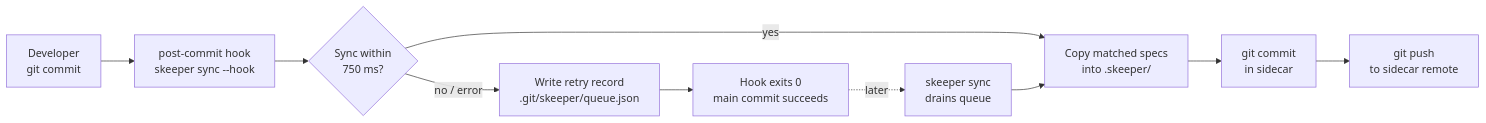
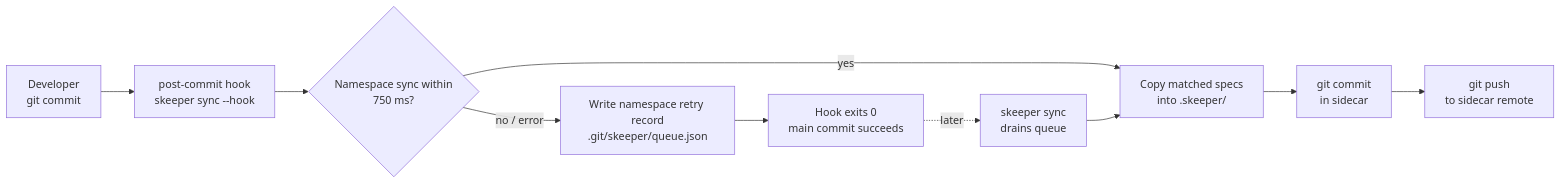
One commit to compozy/skeeper changed the diagram in README.md. Above: the diagram before and after it, drawn with Mermaid. The commit also changed other lines of this file and 20 other files, not shown here.

````diff
--- a/README.md
+++ b/README.md
@@ -88,12 +88,12 @@
 ```mermaid
 flowchart LR
     A[Developer<br/>git commit] --> B[post-commit hook<br/>skeeper sync --hook]
-    B --> C{Sync within<br/>750 ms?}
+    B --> C{Namespace sync within<br/>750 ms?}
     C -- yes --> D[Copy matched specs<br/>into .skeeper/]
     D --> E[git commit<br/>in sidecar]
     E --> F[git push<br/>to sidecar remote]
-    C -- no / error --> G[Write retry record<br/>.git/skeeper/queue.json]
+    C -- no / error --> G[Write namespace retry record<br/>.git/skeeper/queue.json]
     G --> H[Hook exits 0<br/>main commit succeeds]
     H -. later .-> I[skeeper sync<br/>drains queue]
     I --> D
 ```
````
